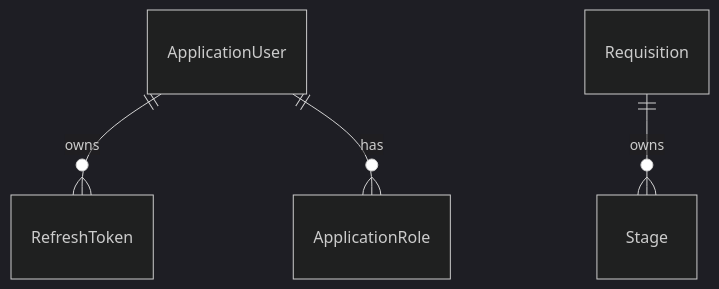
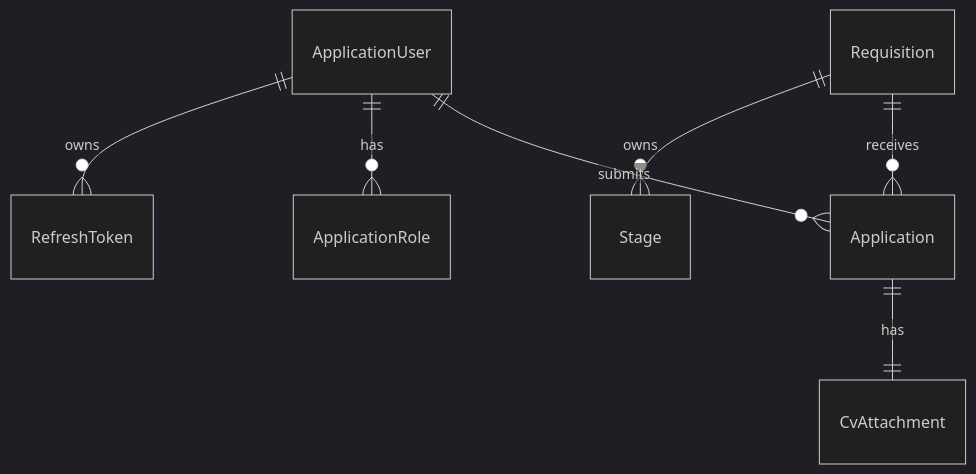
The second of 2 diagrams in docs/specs/meta/architecture.md (deenath400/D4FAPE_ATS), drawn with Mermaid (dark theme) before and after one commit. The commit also changed other lines of this file and 17 other files, not shown here.

````diff
--- a/docs/specs/meta/architecture.md
+++ b/docs/specs/meta/architecture.md
@@ -94,6 +95,9 @@
 ```mermaid
 erDiagram
   ApplicationUser ||--o{ RefreshToken : owns
   ApplicationUser ||--o{ ApplicationRole : has
   Requisition ||--o{ Stage : owns
+  Requisition ||--o{ Application : receives
+  ApplicationUser ||--o{ Application : submits
+  Application ||--|| CvAttachment : has
 ```
````
